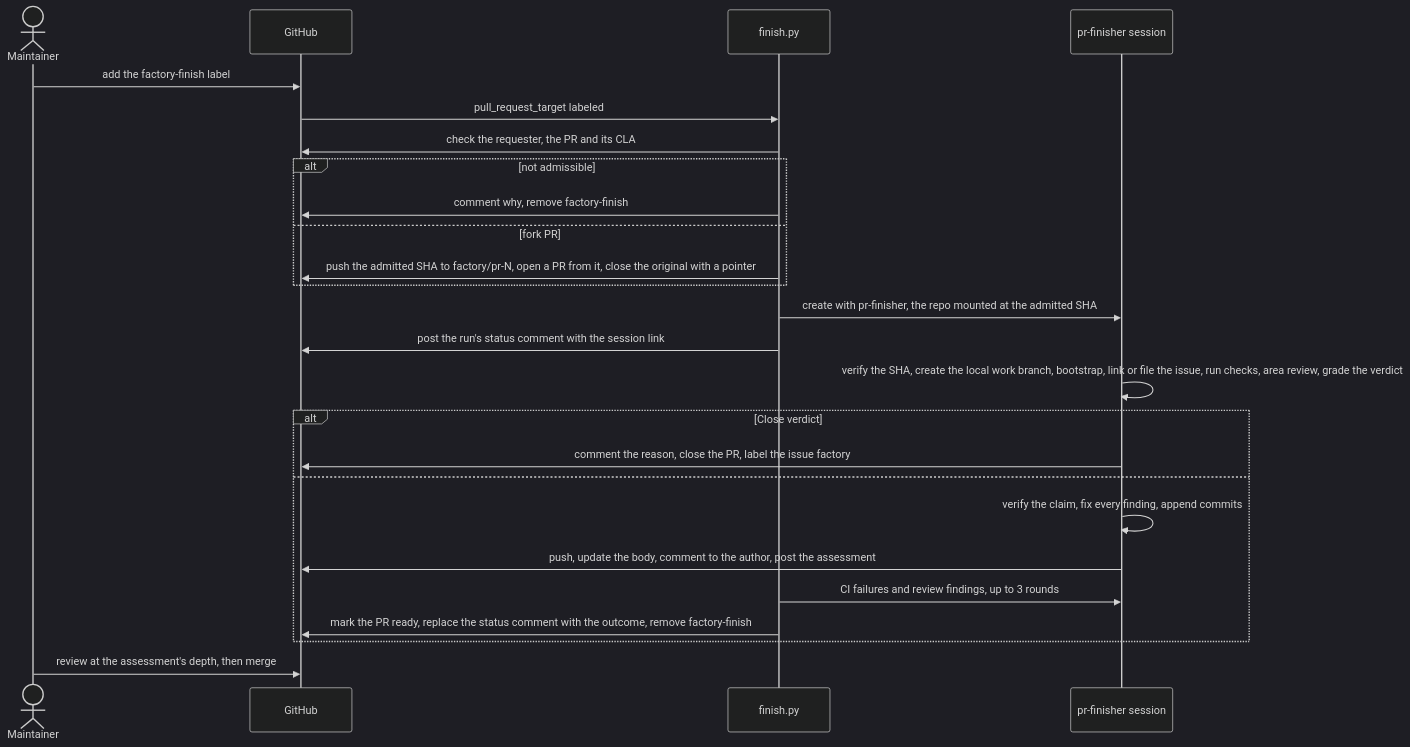
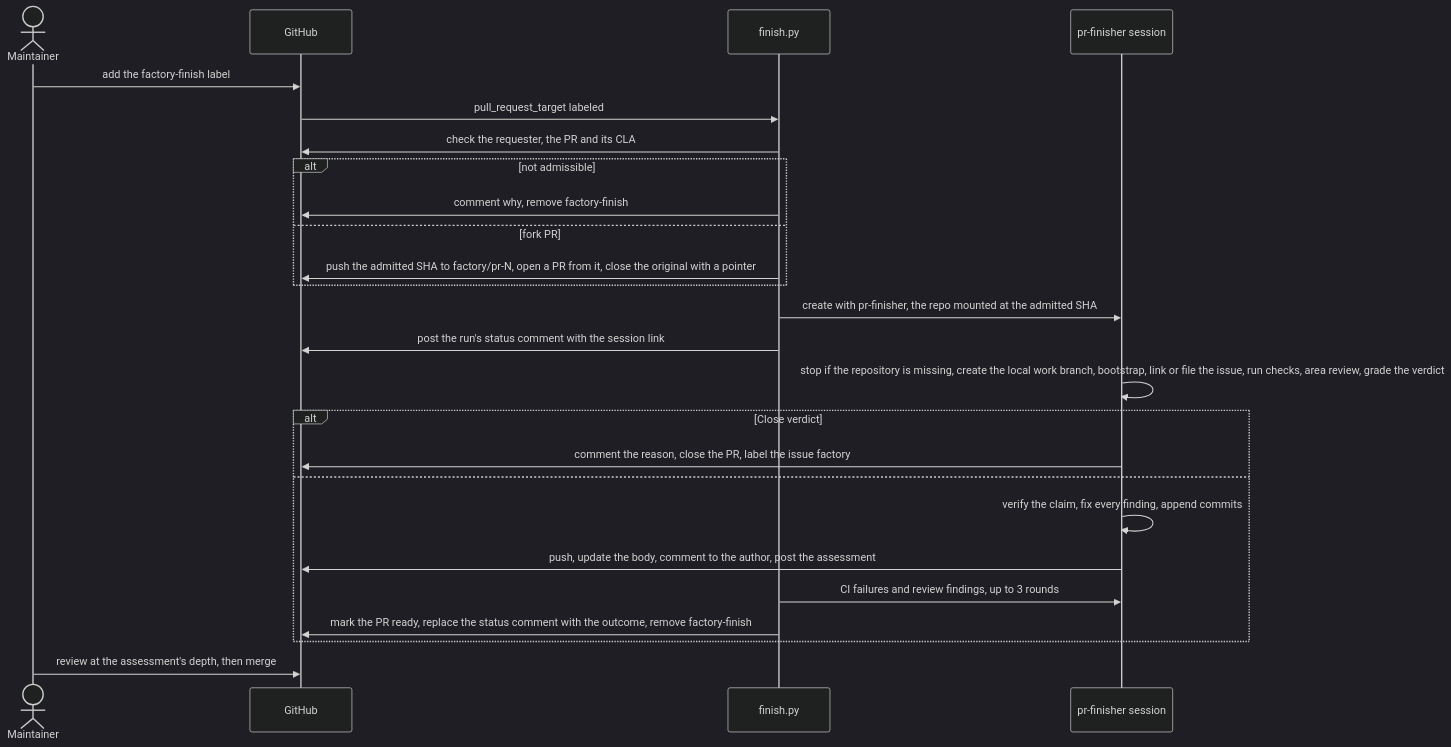
One commit to Arize-ai/phoenix changed the fourth of 5 diagrams in factory/README.md. Above: the diagram before and after it, drawn with Mermaid (dark theme). The commit also changed other lines of this file and 4 other files, not shown here.

````diff
--- a/factory/README.md
+++ b/factory/README.md
@@ -241,28 +241,28 @@
 ```mermaid
 sequenceDiagram
   actor maintainer as Maintainer
   participant github as GitHub
   participant finish as finish.py
   participant session as pr-finisher session
 
   maintainer->>github: add the factory-finish label
   github->>finish: pull_request_target labeled
   finish->>github: check the requester, the PR and its CLA
   alt not admissible
     finish->>github: comment why, remove factory-finish
   else fork PR
     finish->>github: push the admitted SHA to factory/pr-N, open a PR from it, close the original with a pointer
   end
   finish->>session: create with pr-finisher, the repo mounted at the admitted SHA
   finish->>github: post the run's status comment with the session link
-  session->>session: verify the SHA, create the local work branch, bootstrap, link or file the issue, run checks, area review, grade the verdict
+  session->>session: stop if the repository is missing, create the local work branch, bootstrap, link or file the issue, run checks, area review, grade the verdict
   alt Close verdict
     session->>github: comment the reason, close the PR, label the issue factory
   else
     session->>session: verify the claim, fix every finding, append commits
     session->>github: push, update the body, comment to the author, post the assessment
     finish->>session: CI failures and review findings, up to 3 rounds
     finish->>github: mark the PR ready, replace the status comment with the outcome, remove factory-finish
   end
   maintainer->>github: review at the assessment's depth, then merge
 ```
````
